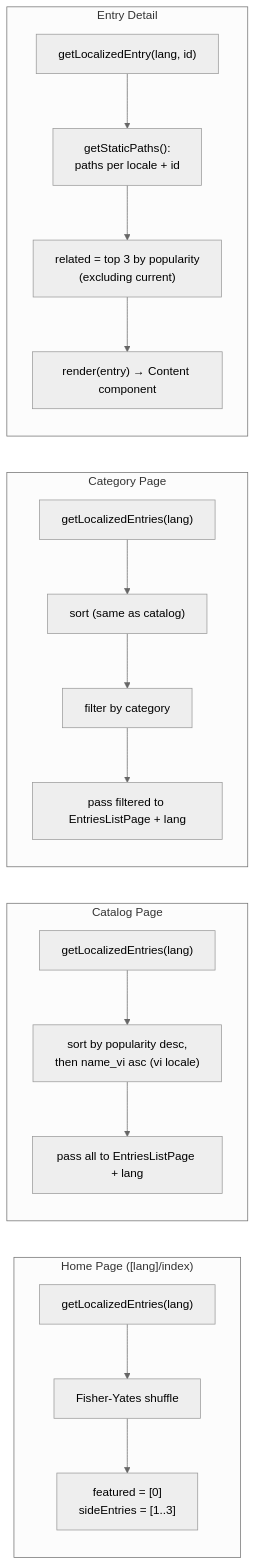
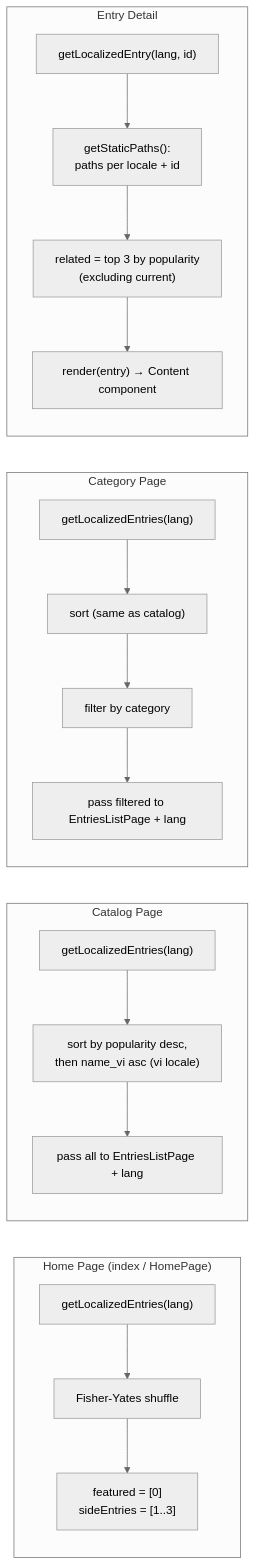
The second of 3 diagrams in doc/data-flow.md (khanhhung142/mythic-pages), drawn with Mermaid (neutral theme) before and after one commit. The commit also changed other lines of this file and 26 other files, not shown here.

````diff
--- a/doc/data-flow.md
+++ b/doc/data-flow.md
@@ -58,20 +58,20 @@
 ```mermaid
 graph LR
-    subgraph "Home Page ([lang]/index)"
+    subgraph "Home Page (index / HomePage)"
         H1["getLocalizedEntries(lang)"] --> H2["Fisher-Yates shuffle"] --> H3["featured = [0]<br/>sideEntries = [1..3]"]
     end
 
     subgraph "Catalog Page"
         C1["getLocalizedEntries(lang)"] --> C2["sort by popularity desc,<br/>then name_vi asc (vi locale)"] --> C3["pass all to EntriesListPage + lang"]
     end
 
     subgraph "Category Page"
         F1["getLocalizedEntries(lang)"] --> F2["sort (same as catalog)"] --> F3["filter by category"] --> F4["pass filtered to EntriesListPage + lang"]
     end
 
     subgraph "Entry Detail"
         E1["getLocalizedEntry(lang, id)"] --> E2["getStaticPaths():<br/>paths per locale + id"]
         E2 --> E3["related = top 3 by popularity<br/>(excluding current)"]
         E3 --> E4["render(entry) → Content component"]
     end
 ```
````
